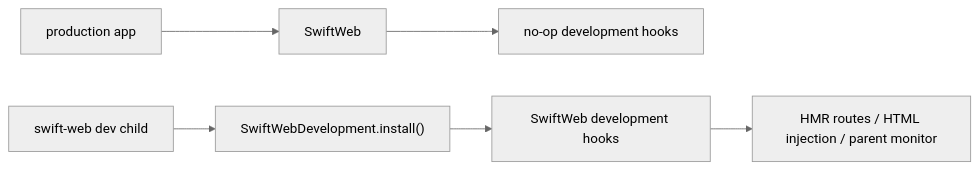
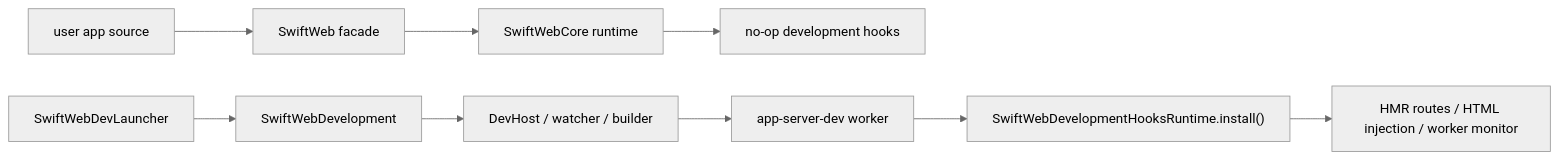
Before and after one commit to 1amageek/swift-web: the third of 9 diagrams in Sources/SwiftWeb/README.md, drawn with Mermaid (neutral theme). The commit also changed other lines of this file and 98 other files, not shown here.

Commit message:
Stabilize dev runtime and storyboard tooling

````diff
--- a/Sources/SwiftWeb/README.md
+++ b/Sources/SwiftWeb/README.md
@@ -136,8 +136,11 @@
 ```mermaid
 flowchart LR
-  A["production app"] --> B["SwiftWeb"]
-  B --> C["no-op development hooks"]
-  D["swift-web dev child"] --> E["SwiftWebDevelopment.install()"]
-  E --> F["SwiftWeb development hooks"]
-  F --> G["HMR routes / HTML injection / parent monitor"]
+  A["user app source"] --> B["SwiftWeb facade"]
+  B --> C["SwiftWebCore runtime"]
+  C --> D["no-op development hooks"]
+  E["SwiftWebDevLauncher"] --> F["SwiftWebDevelopment"]
+  F --> G["DevHost / watcher / builder"]
+  G --> H["app-server-dev worker"]
+  H --> I["SwiftWebDevelopmentHooksRuntime.install()"]
+  I --> J["HMR routes / HTML injection / worker monitor"]
 ```
````
